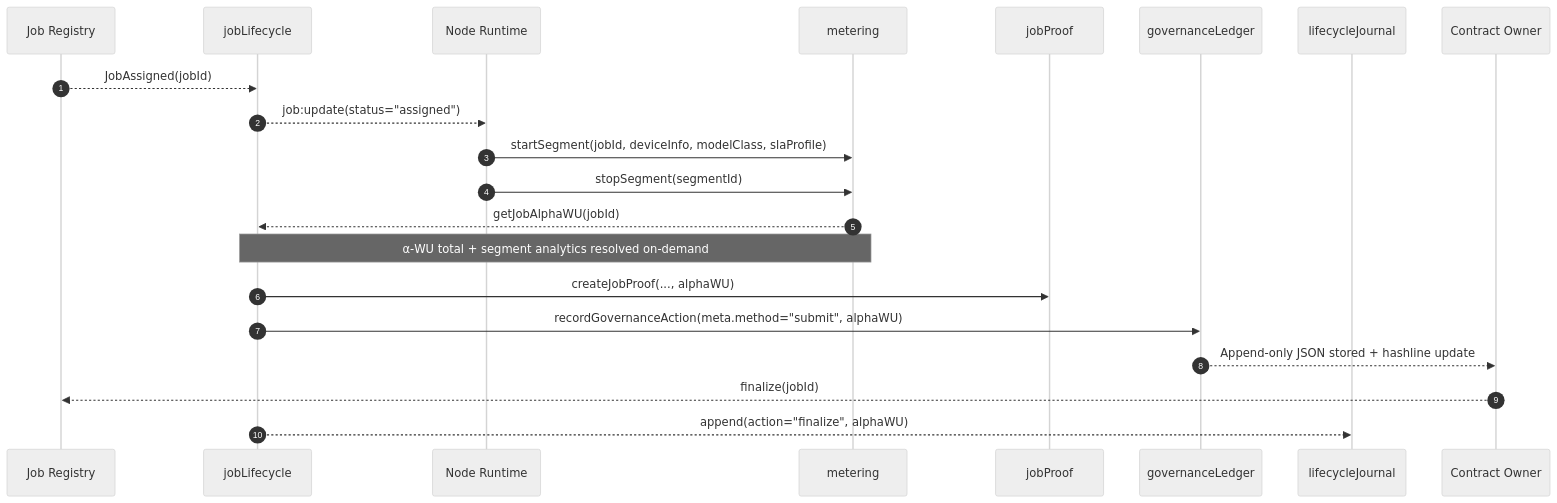
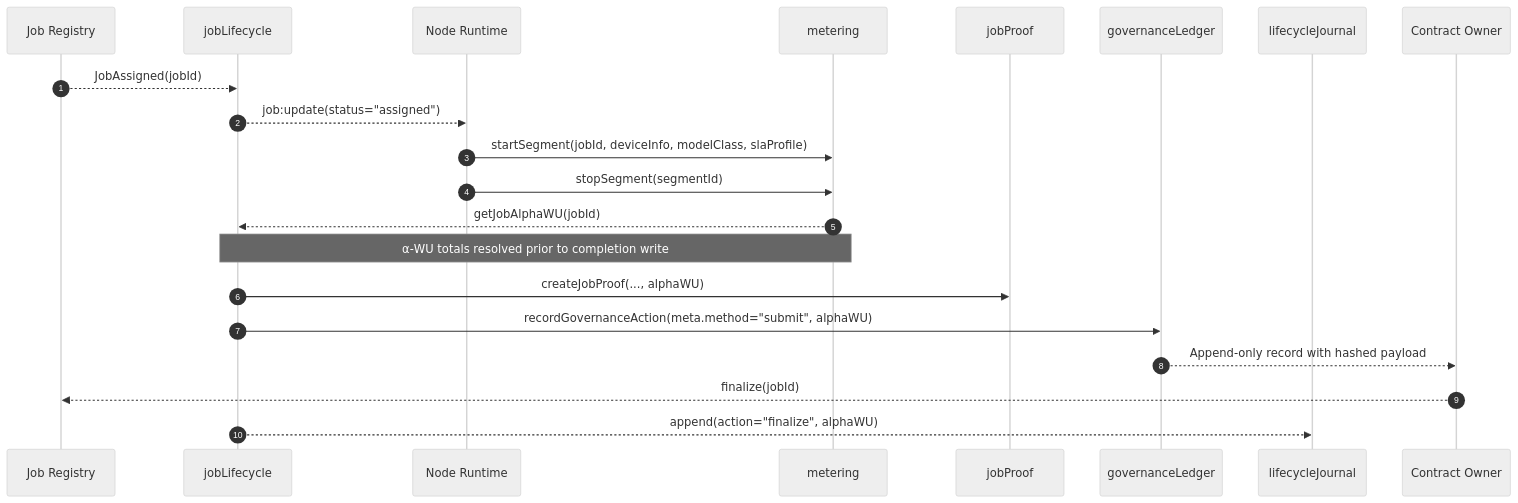
One commit to MontrealAI/AGI-Alpha-Node-v0 changed the second of 2 diagrams in README.md. Above: the diagram before and after it, drawn with Mermaid (neutral theme). The commit also changed other lines of this file and 3 other files, not shown here.

````diff
--- a/README.md
+++ b/README.md
@@ -103,24 +102,24 @@
 ```mermaid
 sequenceDiagram
   autonumber
   participant Registry as Job Registry
   participant Lifecycle as jobLifecycle
   participant Runtime as Node Runtime
   participant Meter as metering
   participant Proof as jobProof
   participant Ledger as governanceLedger
   participant Journal as lifecycleJournal
   participant Owner as Contract Owner
 
   Registry-->>Lifecycle: JobAssigned(jobId)
   Lifecycle-->>Runtime: job:update(status="assigned")
   Runtime->>Meter: startSegment(jobId, deviceInfo, modelClass, slaProfile)
   Runtime->>Meter: stopSegment(segmentId)
   Meter-->>Lifecycle: getJobAlphaWU(jobId)
-  Note over Meter,Lifecycle: α-WU total + segment analytics resolved on-demand
+  Note over Meter,Lifecycle: α-WU totals resolved prior to completion write
   Lifecycle->>Proof: createJobProof(..., alphaWU)
   Lifecycle->>Ledger: recordGovernanceAction(meta.method="submit", alphaWU)
-  Ledger-->>Owner: Append-only JSON stored + hashline update
+  Ledger-->>Owner: Append-only record with hashed payload
   Owner-->>Registry: finalize(jobId)
   Lifecycle-->>Journal: append(action="finalize", alphaWU)
 ```
````
